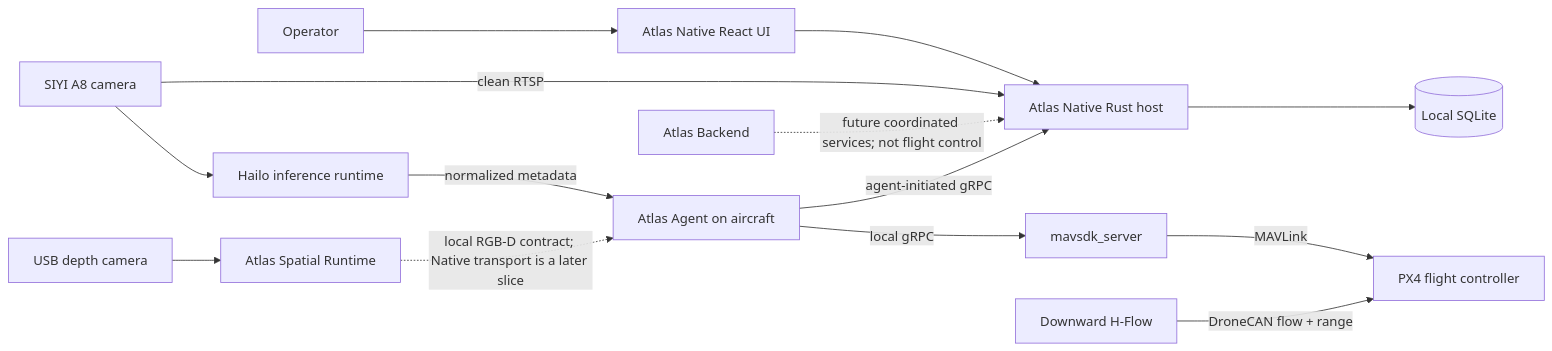
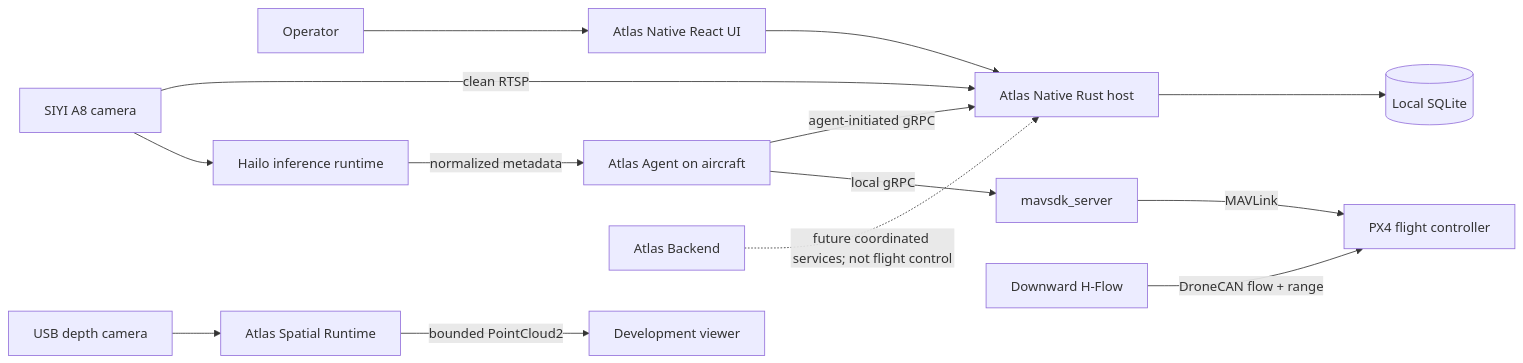
The diagram in docs/README.md (mofe64/atlas), drawn with Mermaid before and after one commit. The commit also changed other lines of this file and 87 other files, not shown here.

````diff
--- a/docs/README.md
+++ b/docs/README.md
@@ -11,16 +11,16 @@
 ```mermaid
 flowchart LR
     Operator["Operator"] --> UI["Atlas Native React UI"]
     UI --> Host["Atlas Native Rust host"]
     Host --> SQLite[("Local SQLite")]
     Agent["Atlas Agent on aircraft"] -->|"agent-initiated gRPC"| Host
     Agent -->|"local gRPC"| MAVSDK["mavsdk_server"]
     MAVSDK -->|"MAVLink"| PX4["PX4 flight controller"]
     HFlow["Downward H-Flow"] -->|"DroneCAN flow + range"| PX4
     Camera["SIYI A8 camera"] -->|"clean RTSP"| Host
     Camera --> Inference["Hailo inference runtime"]
     Inference -->|"normalized metadata"| Agent
     DepthCamera["USB depth camera"] --> Spatial["Atlas Spatial Runtime"]
-    Spatial -. "local RGB-D contract; Native transport is a later slice" .-> Agent
+    Spatial -->|"bounded PointCloud2"| Viewer["Development viewer"]
     Backend["Atlas Backend"] -. "future coordinated services; not flight control" .-> Host
 ```
````
